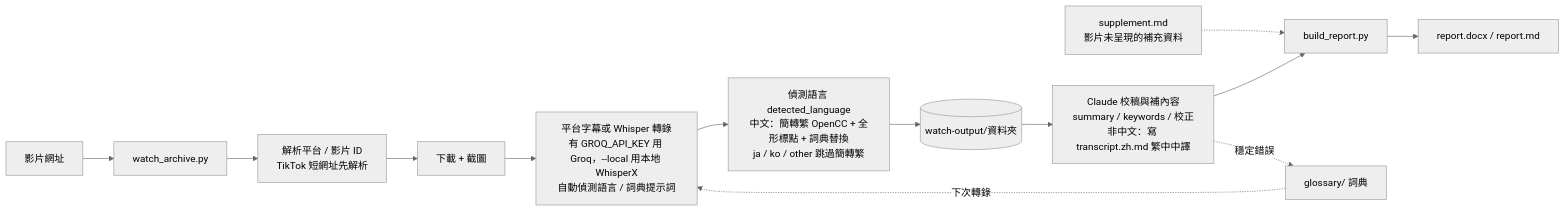
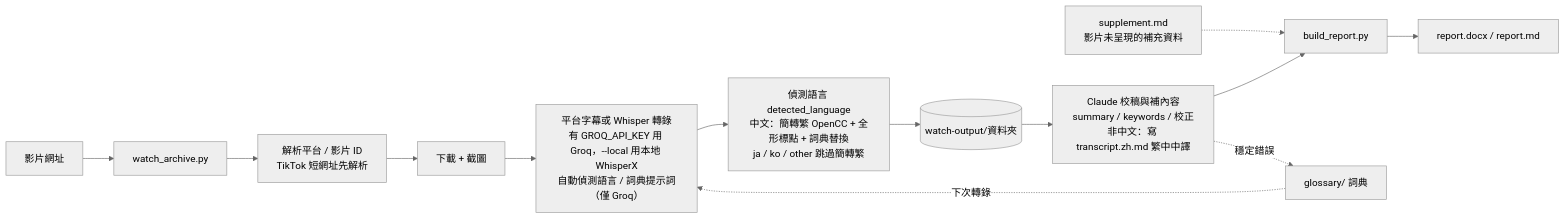
The diagram in README.md (smlht2005/watch-video), drawn with Mermaid (neutral theme) before and after one commit. The commit also changed other lines of this file and 4 other files, not shown here.

First line of the commit message:
watch-archive：依 review 修正 Groq key 判斷、WhisperX 提示、重跑沿用轉錄方式

````diff
--- a/README.md
+++ b/README.md
@@ -35,15 +36,15 @@
 ```mermaid
 flowchart LR
     A[影片網址] --> B[watch_archive.py]
     B --> B1[解析平台 / 影片 ID<br/>TikTok 短網址先解析]
     B1 --> B2[下載 + 截圖]
-    B2 --> B3[平台字幕或 Whisper 轉錄<br/>有 GROQ_API_KEY 用 Groq，--local 用本地 WhisperX<br/>自動偵測語言 / 詞典提示詞]
+    B2 --> B3[平台字幕或 Whisper 轉錄<br/>有 GROQ_API_KEY 用 Groq，--local 用本地 WhisperX<br/>自動偵測語言 / 詞典提示詞（僅 Groq）]
     B3 --> B4[偵測語言 detected_language<br/>中文：簡轉繁 OpenCC + 全形標點 + 詞典替換<br/>ja / ko / other 跳過簡轉繁]
     B4 --> C[(watch-output/資料夾)]
     C --> D[Claude 校稿與補內容<br/>summary / keywords / 校正<br/>非中文：寫 transcript.zh.md 繁中中譯]
     S[supplement.md<br/>影片未呈現的補充資料] -.-> E
     D --> E[build_report.py]
     E --> F[report.docx / report.md]
     D -. 穩定錯誤 .-> G[glossary/ 詞典]
     G -. 下次轉錄 .-> B3
 ```
````
